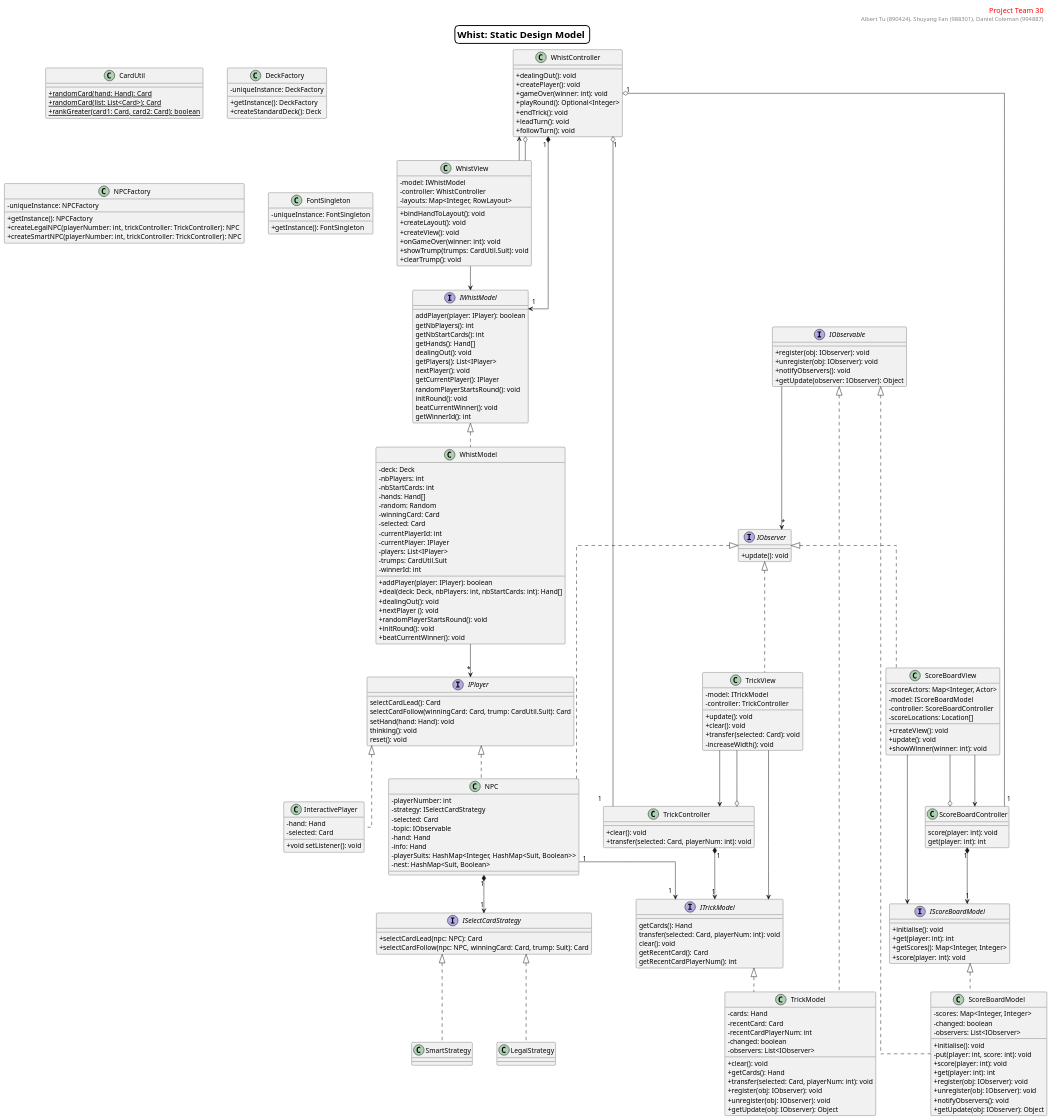
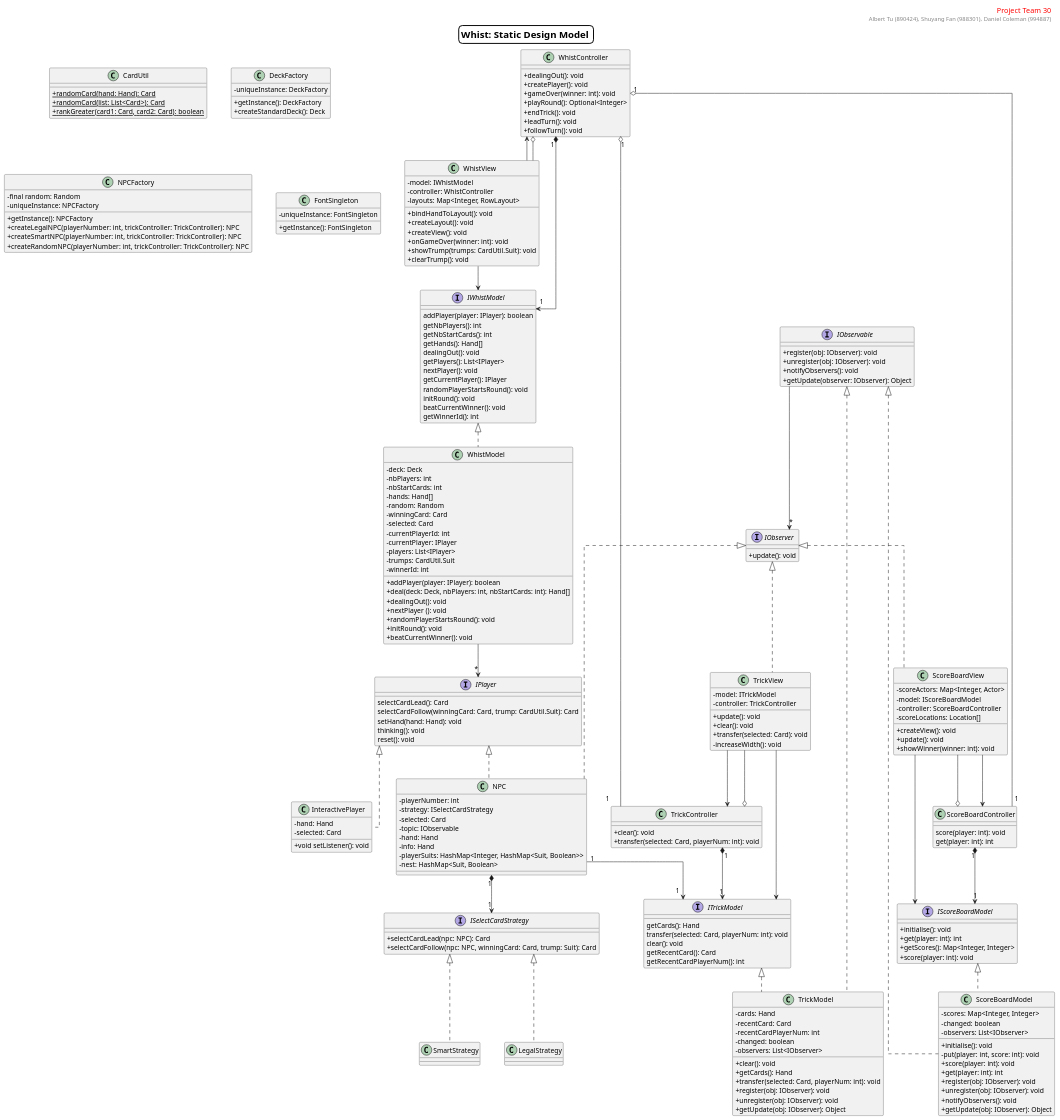
The diagram in uml/DesignClassDiagram.puml (Haswf/Whist), drawn with PlantUML before and after one commit. The commit also changed 2 other files, not shown here.

```diff
--- a/uml/DesignClassDiagram.puml
+++ b/uml/DesignClassDiagram.puml
@@ -230,10 +230,12 @@
 }
 
 class NPCFactory {
+    - final random: Random
     - uniqueInstance: NPCFactory
     + getInstance(): NPCFactory
     + createLegalNPC(playerNumber: int, trickController: TrickController): NPC
     + createSmartNPC(playerNumber: int, trickController: TrickController): NPC
+    + createRandomNPC(playerNumber: int, trickController: TrickController): NPC
 }
 
 class FontSingleton{
```
